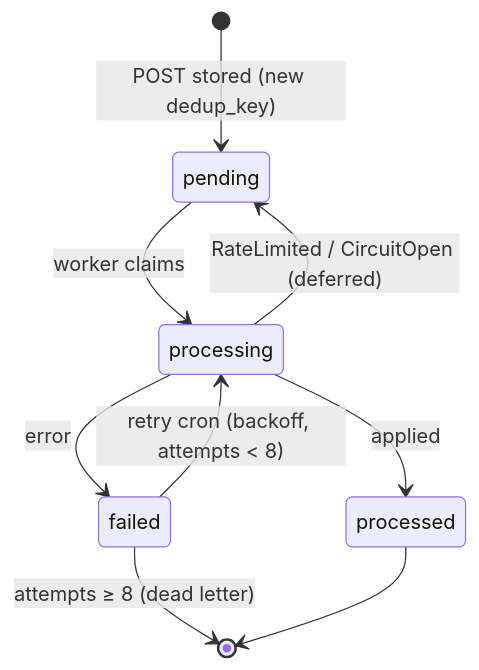
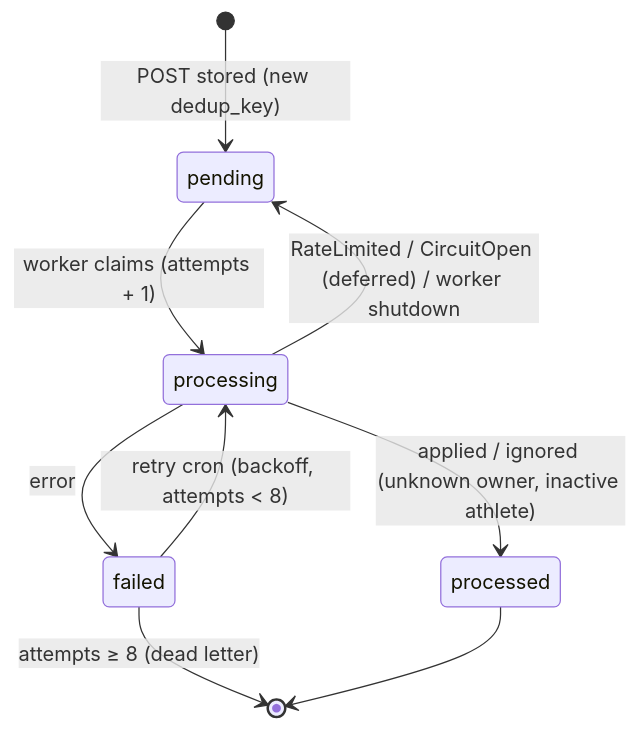
Before and after one commit to umutaydins/trainsync: diagram 12 of 14 in docs/diagrams.md, drawn with Mermaid. The commit also changed 10 other files, not shown here.

````diff
--- a/docs/diagrams.md
+++ b/docs/diagrams.md
@@ -535,11 +535,11 @@
 ```mermaid
 stateDiagram-v2
     [*] --> pending : POST stored (new dedup_key)
-    pending --> processing : worker claims
-    processing --> processed : applied
-    processing --> pending : RateLimited / CircuitOpen (deferred)
+    pending --> processing : worker claims (attempts + 1)
+    processing --> processed : applied / ignored (unknown owner, inactive athlete)
+    processing --> pending : RateLimited / CircuitOpen (deferred) / worker shutdown
     processing --> failed : error
     failed --> processing : retry cron (backoff, attempts < 8)
     failed --> [*] : attempts ≥ 8 (dead letter)
     processed --> [*]
 ```
````
